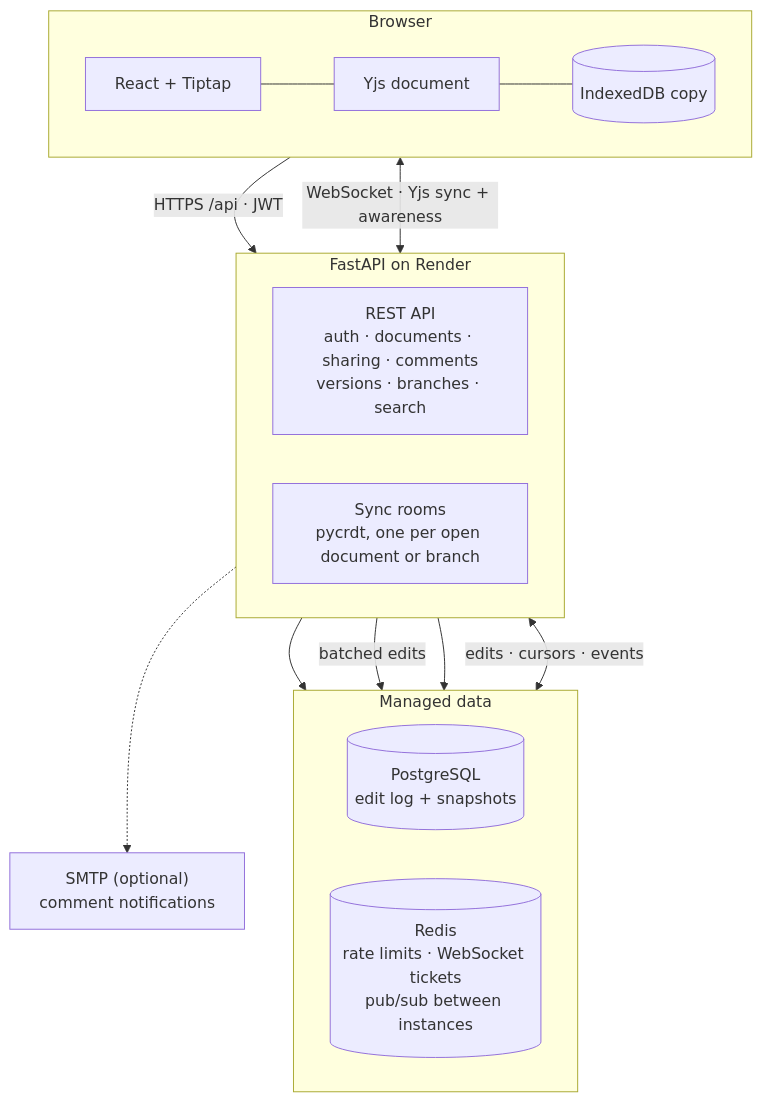
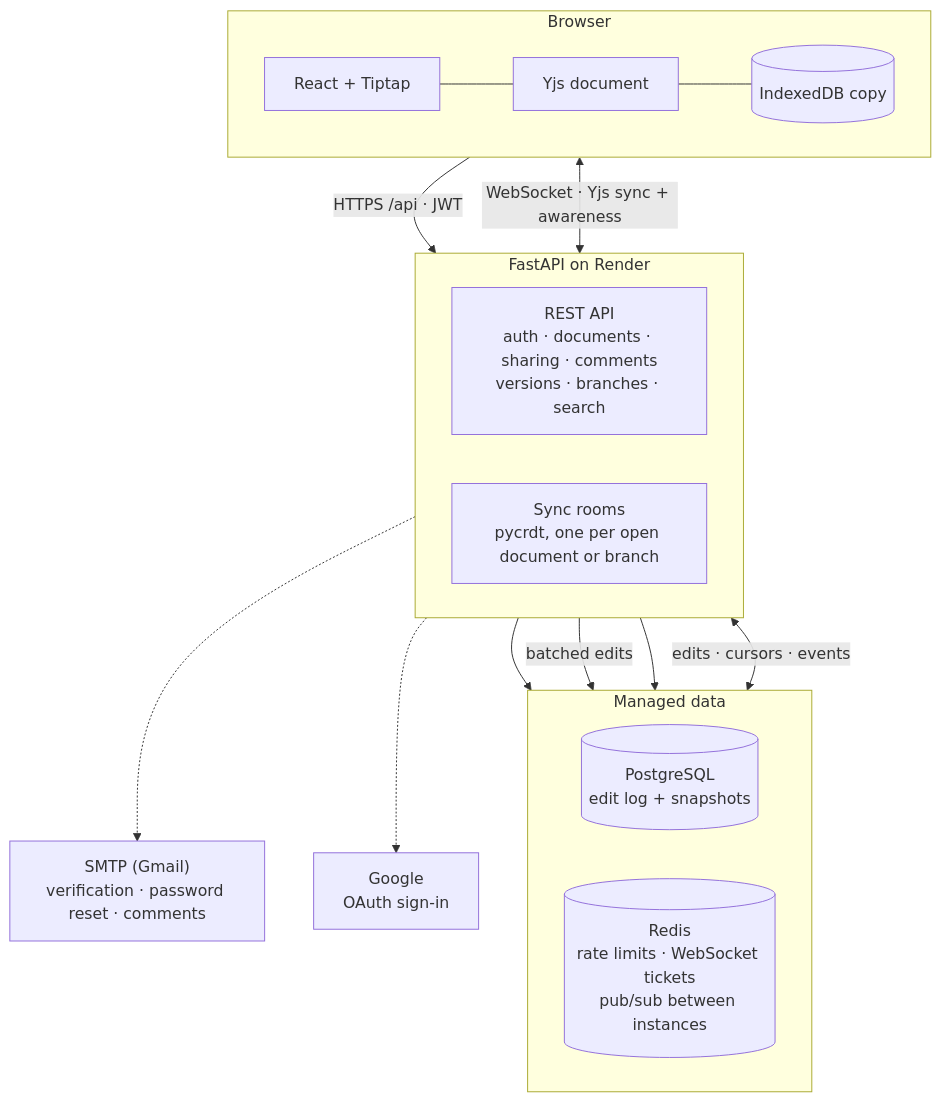
Before and after one commit to Aditya-XR/collaborative-editor: the diagram in README.md, drawn with Mermaid. The commit also changed other lines of this file and 1 other file, not shown here.

Commit message:
README: Google sign-in and email in the diagram, stack and local setup; list ADRs 0004, 0017, 0018 in PLAN.md

````diff
--- a/README.md
+++ b/README.md
@@ -71,25 +72,27 @@
 ```mermaid
 flowchart TB
   subgraph Browser
     direction LR
     UI["React + Tiptap"] --- YD["Yjs document"] --- IDB[("IndexedDB copy")]
   end
   subgraph API["FastAPI on Render"]
     direction LR
     REST["REST API<br/>auth · documents · sharing · comments<br/>versions · branches · search"]
     ROOMS["Sync rooms<br/>pycrdt, one per open document or branch"]
   end
   subgraph Data["Managed data"]
     direction LR
     PG[("PostgreSQL<br/>edit log + snapshots")]
     RD[("Redis<br/>rate limits · WebSocket tickets<br/>pub/sub between instances")]
   end
-  MAIL["SMTP (optional)<br/>comment notifications"]
+  MAIL["SMTP (Gmail)<br/>verification · password reset · comments"]
+  GOOGLE["Google<br/>OAuth sign-in"]
   UI -- "HTTPS /api · JWT" --> REST
   YD <-- "WebSocket · Yjs sync + awareness" --> ROOMS
   REST --> PG
   ROOMS -- "batched edits" --> PG
   REST --> RD
   ROOMS <-- "edits · cursors · events" --> RD
   REST -.-> MAIL
+  REST -.-> GOOGLE
 ```
````
